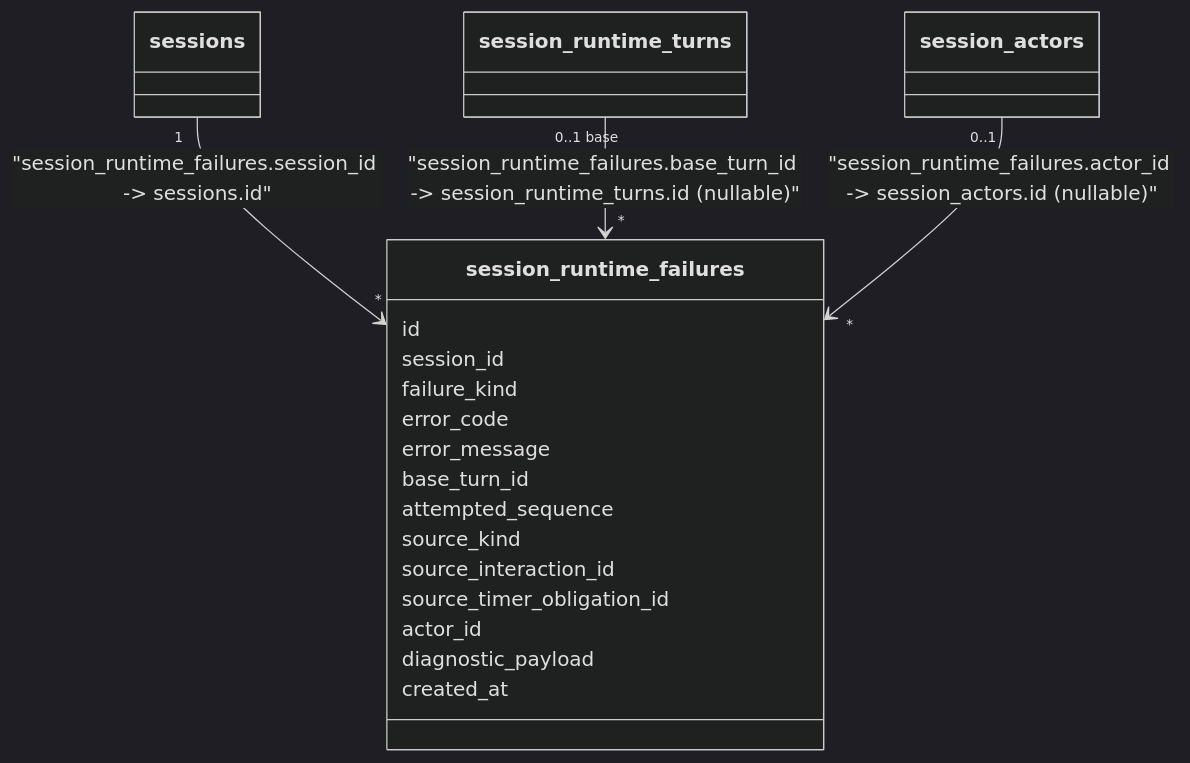
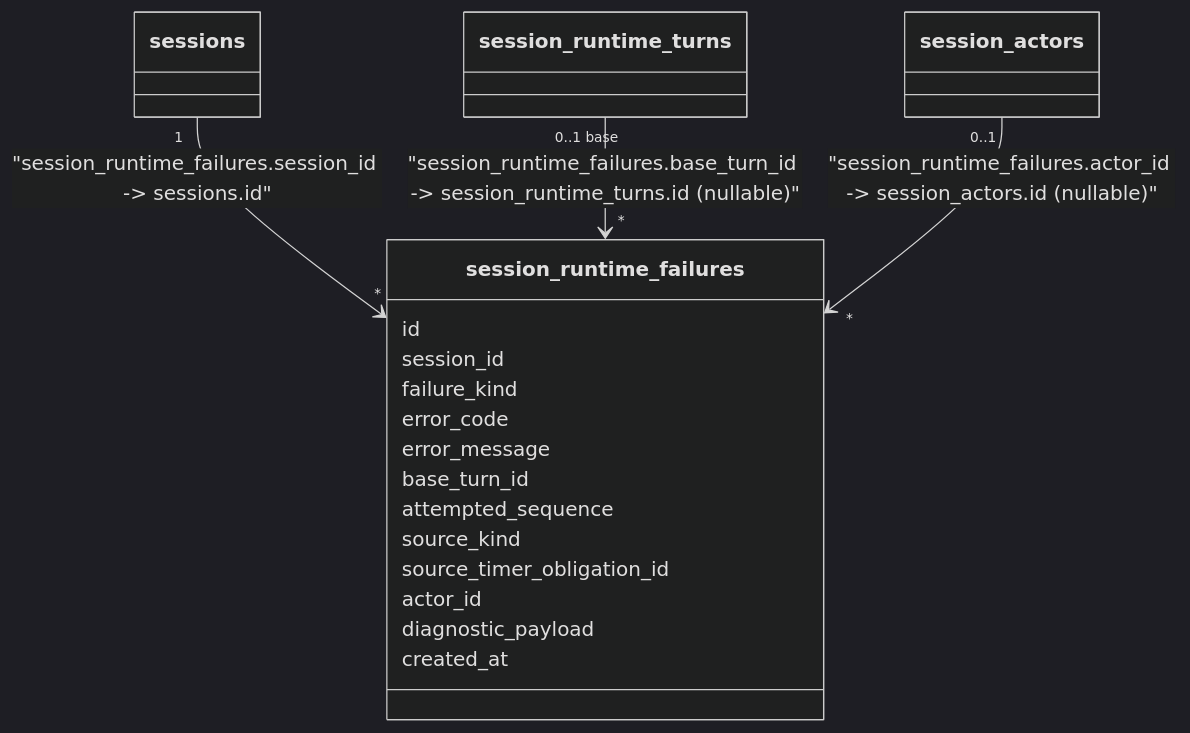
The fourth of 4 diagrams in session/docs/DATA_MODEL.md (diegobermudez03/playhoot), drawn with Mermaid (dark theme) before and after one commit. The commit also changed other lines of this file and 241 other files, not shown here.

````diff
--- a/session/docs/DATA_MODEL.md
+++ b/session/docs/DATA_MODEL.md
@@ -179,21 +161,20 @@
 ```mermaid
 classDiagram
     class session_runtime_failures {
         id
         session_id
         failure_kind
         error_code
         error_message
         base_turn_id
         attempted_sequence
         source_kind
-        source_interaction_id
         source_timer_obligation_id
         actor_id
         diagnostic_payload
         created_at
     }
     sessions "1" --> "*" session_runtime_failures : "session_runtime_failures.session_id -> sessions.id"
     session_runtime_turns "0..1 base" --> "*" session_runtime_failures : "session_runtime_failures.base_turn_id -> session_runtime_turns.id (nullable)"
     session_actors "0..1" --> "*" session_runtime_failures : "session_runtime_failures.actor_id -> session_actors.id (nullable)"
 ```
````
